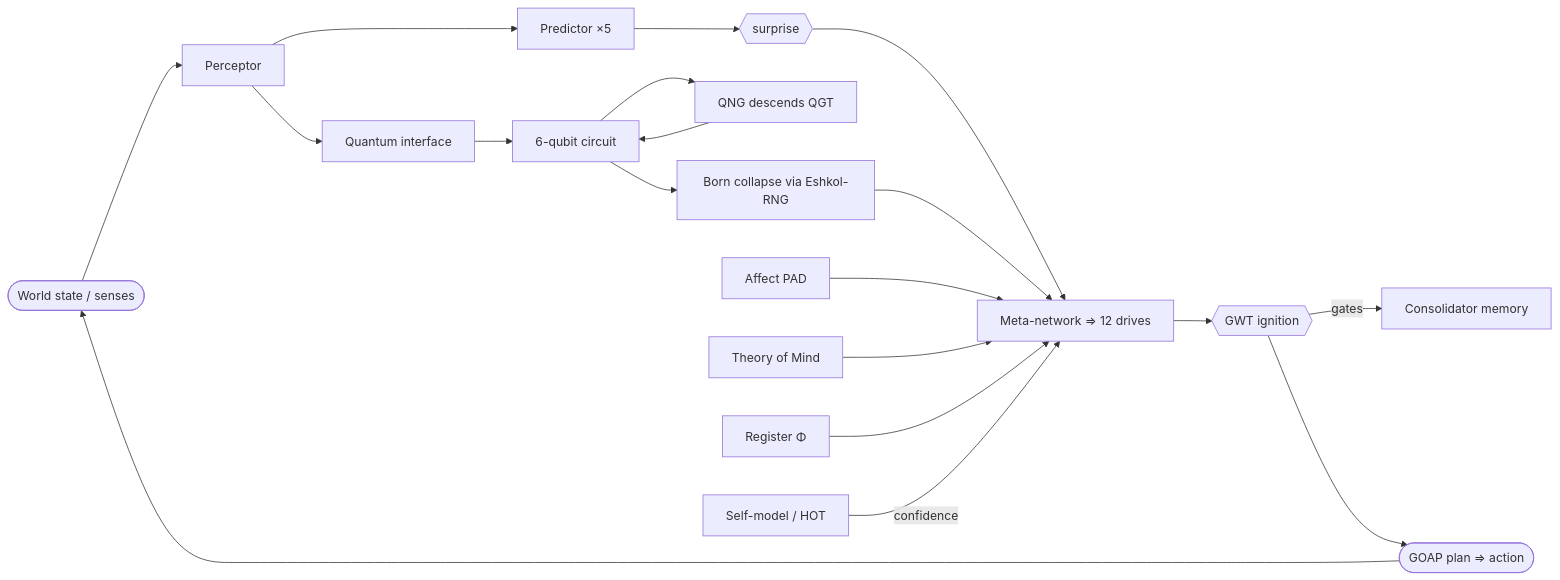
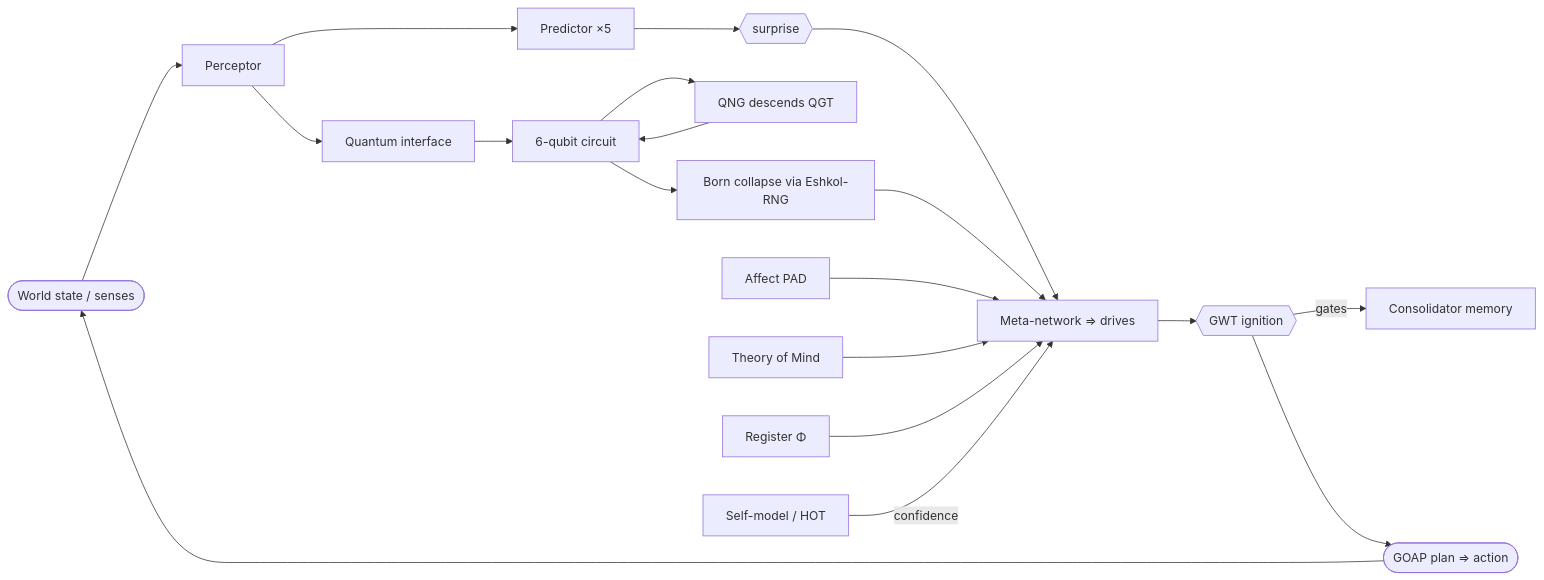
Before and after one commit to 0thernes/cosmogonic-quantum-mechalogodrom: the second of 3 diagrams in docs/reports/2026-06-20-SUPER-REPORT-PATH-TO-NHSI-AND-SENTIENCE.md, drawn with Mermaid. The commit also changed other lines of this file and 10 other files, not shown here.

````diff
--- a/docs/reports/2026-06-20-SUPER-REPORT-PATH-TO-NHSI-AND-SENTIENCE.md
+++ b/docs/reports/2026-06-20-SUPER-REPORT-PATH-TO-NHSI-AND-SENTIENCE.md
@@ -243,17 +248,17 @@
 ```mermaid
 flowchart LR
   WORLD([World state / senses]) --> PERC[Perceptor]
   PERC --> PRED[Predictor ×5] --> SURP{{surprise}}
   PERC --> QINT[Quantum interface] --> QC[6-qubit circuit]
   QC --> QNG[QNG descends QGT] --> QC
   QC --> BORN[Born collapse via Eshkol-RNG]
-  SURP --> META[Meta-network ⇒ 12 drives]
+  SURP --> META[Meta-network ⇒ drives]
   BORN --> META
   AFF[Affect PAD] --> META
   TOM[Theory of Mind] --> META
   PHI[Register Φ] --> META
   META --> IGN{{GWT ignition}}
   IGN -->|gates| CONS[Consolidator memory]
   IGN --> ACT([GOAP plan ⇒ action]) --> WORLD
   SELF[Self-model / HOT] -->|confidence| META
 ```
````
